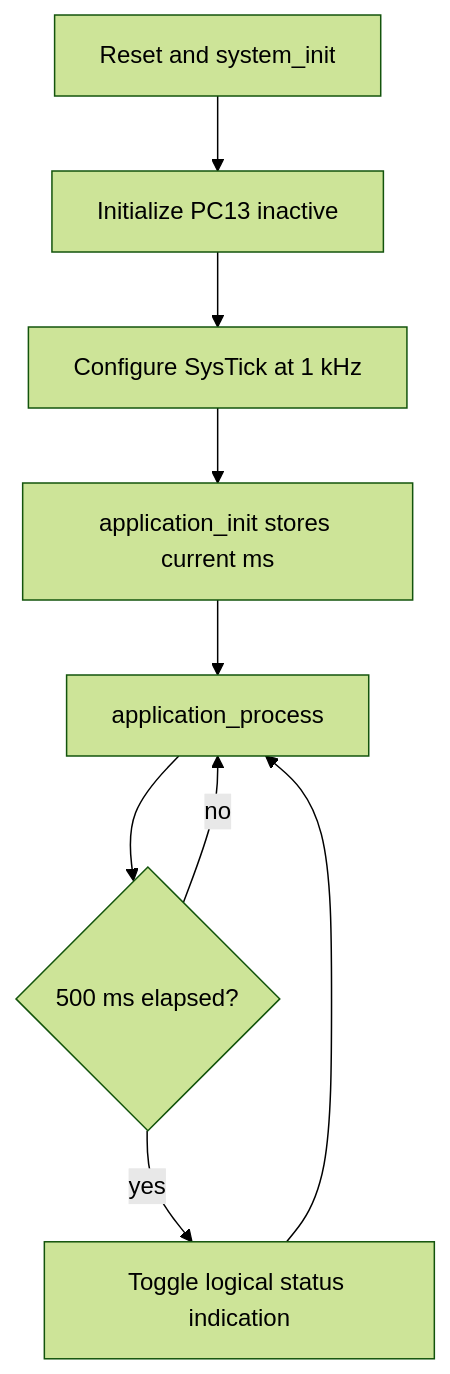
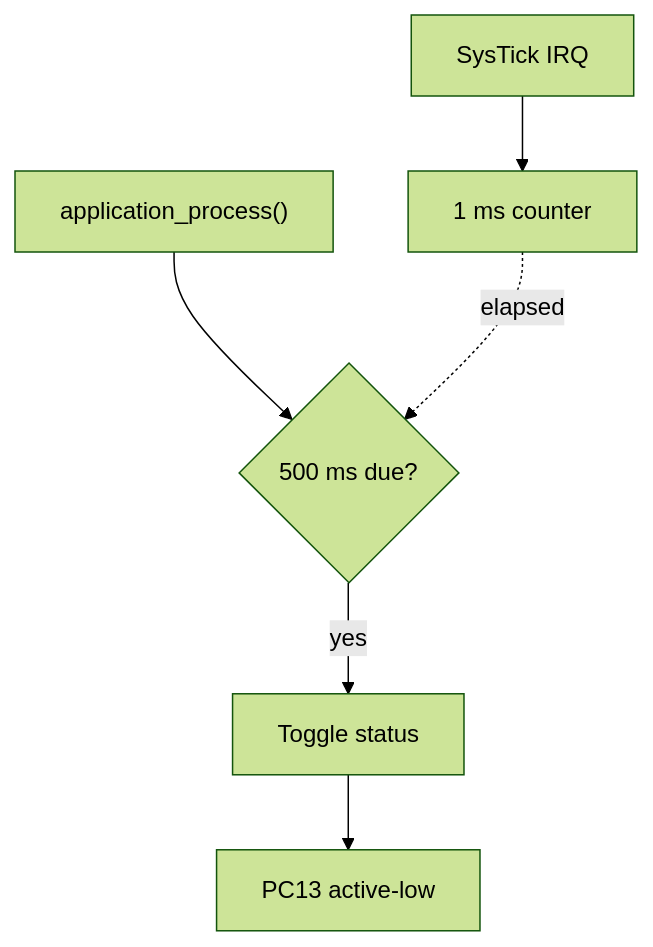
One commit to haikevins/stm32f1-spl-procedural-baremetal changed the diagram in 01-blink-led/README.md. Above: the diagram before and after it, drawn with Mermaid (forest theme). The commit also changed other lines of this file and 24 other files, not shown here.

````diff
--- a/01-blink-led/README.md
+++ b/01-blink-led/README.md
@@ -70,11 +70,8 @@
 ```mermaid
-flowchart TD
-    RESET["Reset and system_init"] --> LED["Initialize PC13 inactive"]
-    LED --> TICK["Configure SysTick at 1 kHz"]
-    TICK --> APP["application_init stores current ms"]
-    APP --> LOOP["application_process"]
-    LOOP --> DUE{"500 ms elapsed?"}
-    DUE -- "no" --> LOOP
-    DUE -- "yes" --> TOGGLE["Toggle logical status indication"]
-    TOGGLE --> LOOP
+flowchart TB
+    TICK["SysTick IRQ"] --> TIME["1 ms counter"]
+    APP["application_process()"] --> DUE{"500 ms due?"}
+    TIME -. elapsed .-> DUE
+    DUE -->|"yes"| TOGGLE["Toggle status"]
+    TOGGLE --> LED["PC13 active-low"]
 ```
````
